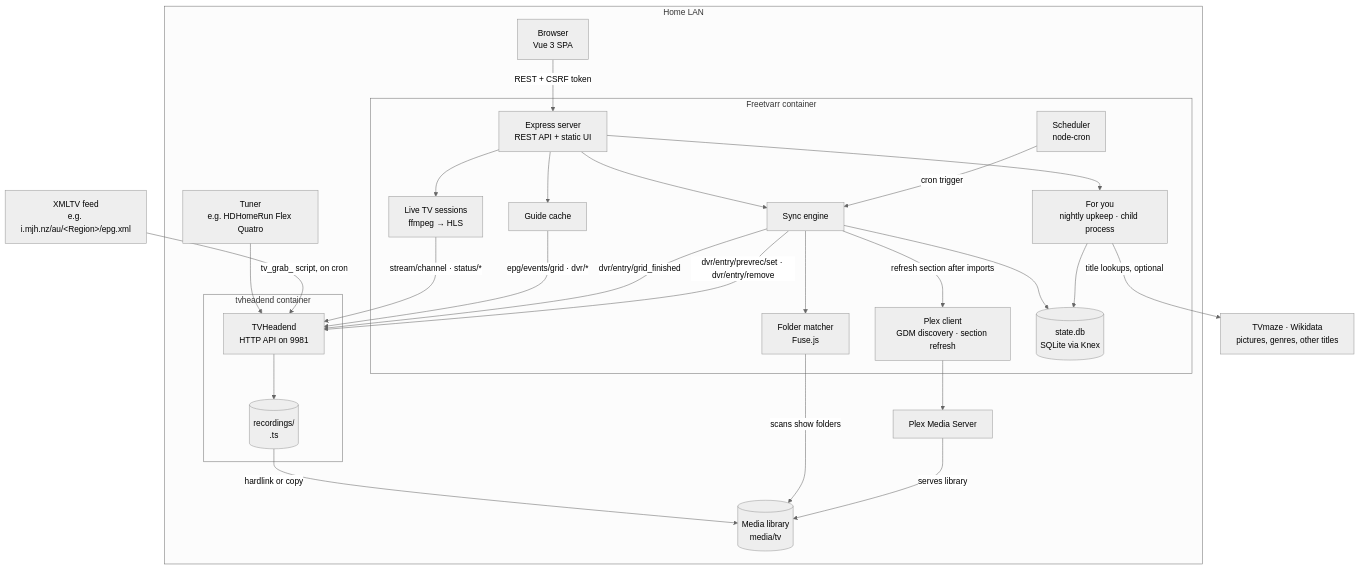
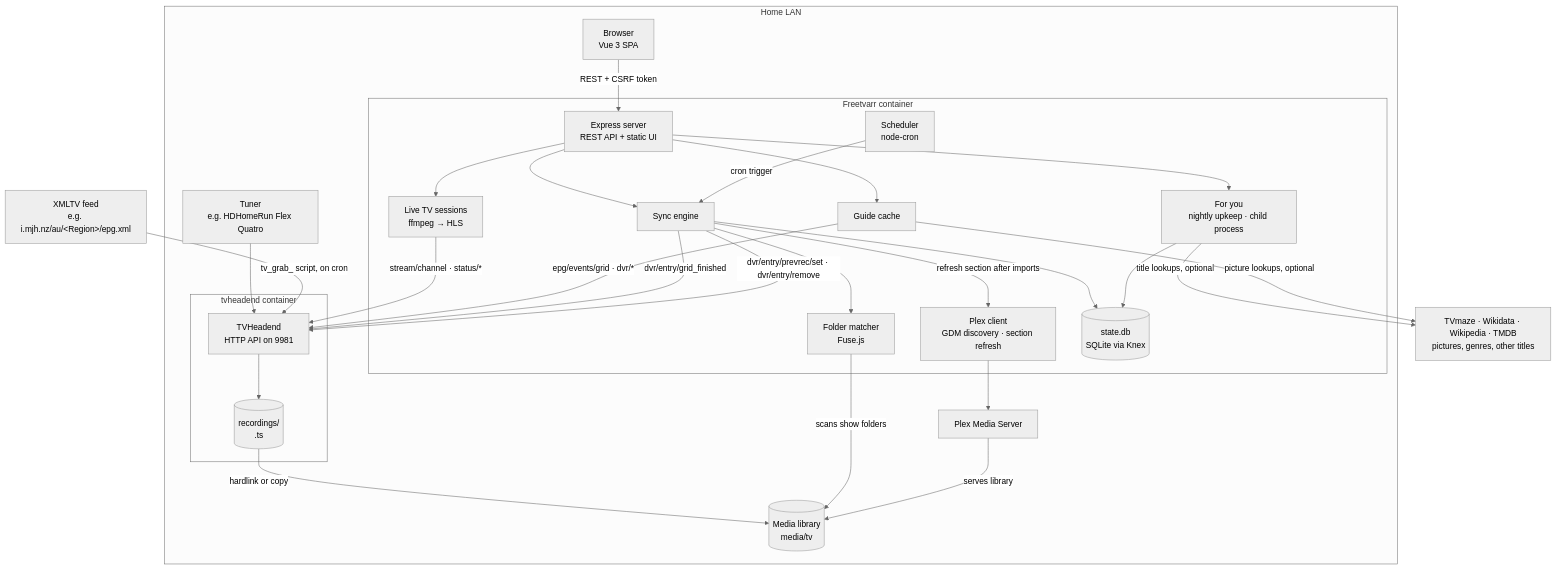
Before and after one commit to furey/freetvarr: the first of 3 diagrams in docs/DEEP_DIVE.md, drawn with Mermaid (neutral theme). The commit also changed other lines of this file and 20 other files, not shown here.

Commit message:
Added Wikipedia posters and an optional TMDB key as fallbacks for missing programme pictures, with timeouts, size limits, per-host rate limits, backoff, and cached misses on every outside request.

````diff
--- a/docs/DEEP_DIVE.md
+++ b/docs/DEEP_DIVE.md
@@ -35,54 +36,55 @@
 ```mermaid
 flowchart TB
   subgraph lan["Home LAN"]
     hdhr["Tuner<br>e.g. HDHomeRun Flex Quatro"]
 
     subgraph tvh["tvheadend container"]
       tvhsrv["TVHeadend<br>HTTP API on 9981"]
       rec[("recordings/<br>.ts")]
     end
 
     plex["Plex Media Server"]
     browser["Browser<br>Vue 3 SPA"]
 
     subgraph app["Freetvarr container"]
       server["Express server<br>REST API + static UI"]
       sched["Scheduler<br>node-cron"]
       sync["Sync engine"]
       epg["Guide cache"]
       live["Live TV sessions<br>ffmpeg → HLS"]
       matcher["Folder matcher<br>Fuse.js"]
       plexclient["Plex client<br>GDM discovery · section refresh"]
       foryou["For you<br>nightly upkeep · child process"]
       db[("state.db<br>SQLite via Knex")]
     end
 
     media[("Media library<br>media/tv")]
   end
 
   xmltv["XMLTV feed<br>e.g. i.mjh.nz/au/&lt;Region&gt;/epg.xml"]
-  lookups["TVmaze · Wikidata<br>pictures, genres, other titles"]
+  lookups["TVmaze · Wikidata · Wikipedia · TMDB<br>pictures, genres, other titles"]
 
   hdhr --> tvhsrv
   xmltv -->|"tv_grab_ script, on cron"| tvhsrv
   tvhsrv --> rec
   browser -->|"REST + CSRF token"| server
   server --> sync
   server --> epg
   server --> live
   live -->|"stream/channel · status/*"| tvhsrv
   sched -->|"cron trigger"| sync
   epg -->|"epg/events/grid · dvr/*"| tvhsrv
   sync -->|"dvr/entry/grid_finished"| tvhsrv
   sync --> db
   rec -->|"hardlink or copy"| media
   sync --> matcher
   matcher -->|"scans show folders"| media
   sync -->|"refresh section after imports"| plexclient
   plexclient --> plex
   plex -->|"serves library"| media
   sync -->|"dvr/entry/prevrec/set · dvr/entry/remove"| tvhsrv
   server --> foryou
   foryou --> db
   foryou -->|"title lookups, optional"| lookups
+  epg -->|"picture lookups, optional"| lookups
 ```
````
